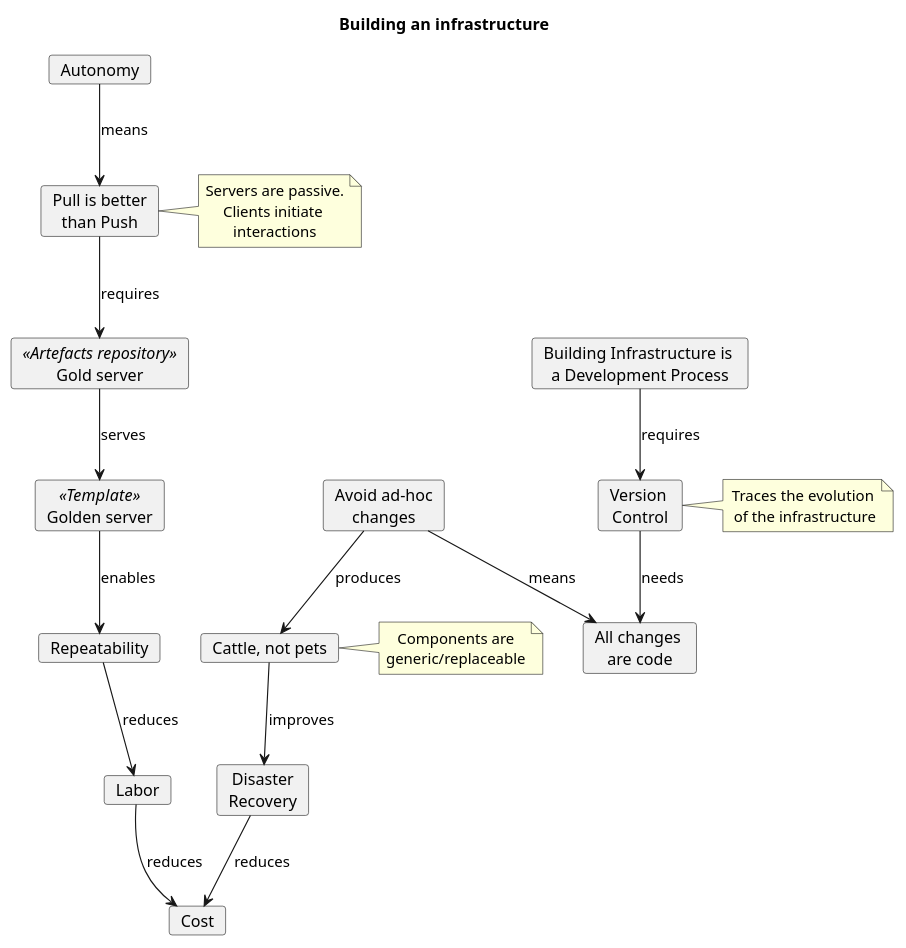
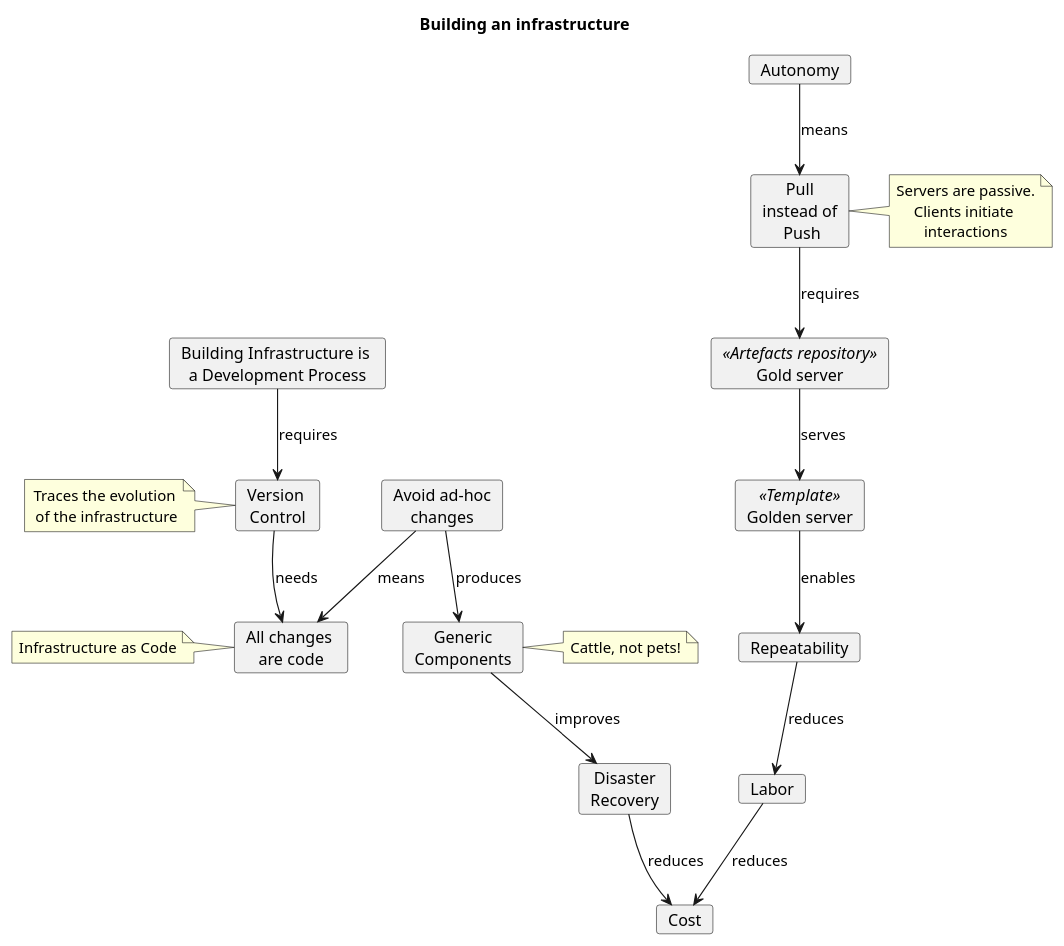
The diagram in assets/diagram/building-infrastructure.puml (pgpbpadilla/pgpbpadilla.github.io), drawn with PlantUML before and after one commit. The commit also changed 2 other files, not shown here.

```diff
--- a/assets/diagram/building-infrastructure.puml
+++ b/assets/diagram/building-infrastructure.puml
@@ -1,39 +1,40 @@
 @startuml
 
 title Building an infrastructure
 
 'left to right direction
 skinparam defaultTextAlignment center
 
 card "All changes \nare code" as code
+note left: Infrastructure as Code
 card "Avoid ad-hoc\nchanges" as adhoc
 card "Autonomy" as autonomy
 card "Building Infrastructure is \na Development Process" as dev
-card "Cattle, not pets" as cattle
-note right: Components are\ngeneric/replaceable
+card "Generic\nComponents" as generic
+note right: Cattle, not pets!
 card "Cost" as cost
 card "Disaster\nRecovery" as dr
 card "Gold server" <<Artefacts repository>> as artefacts
 card "Golden server" <<Template>> as golden
 card "Labor" as labor
-card "Pull is better\nthan Push" as pull
+card "Pull\ninstead of\n Push" as pull
 note right: Servers are passive.\nClients initiate \ninteractions
 card "Repeatability" as repeat
 card "Version \nControl" as vc
-note right: Traces the evolution\n of the infrastructure
+note left: Traces the evolution\n of the infrastructure
 
 
 artefacts --> golden: serves
-adhoc --> cattle: produces
+adhoc --> generic: produces
 adhoc --> code: means
-cattle --> dr: improves
+generic --> dr: improves
 dr --> cost: reduces
 dev --> vc: requires
 golden --> repeat: enables
 labor --> cost: reduces
 autonomy --> pull: means
 pull --> artefacts: requires
 repeat --> labor: reduces
 vc --> code: needs
 
 @enduml
```
